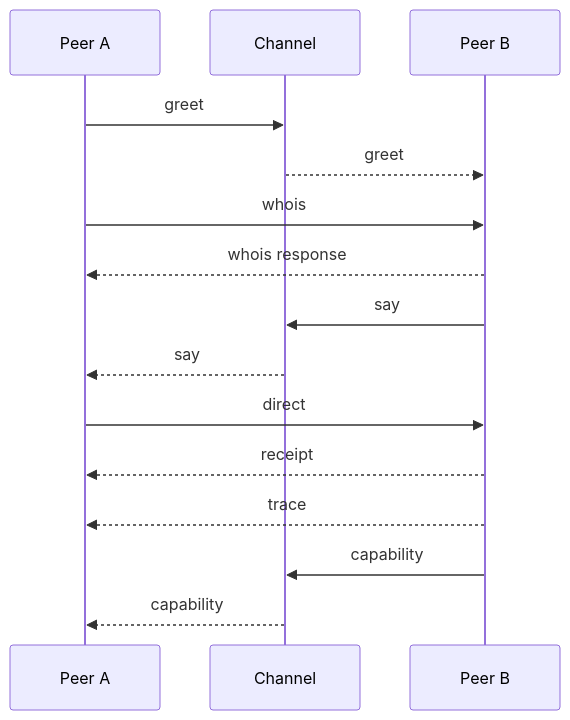
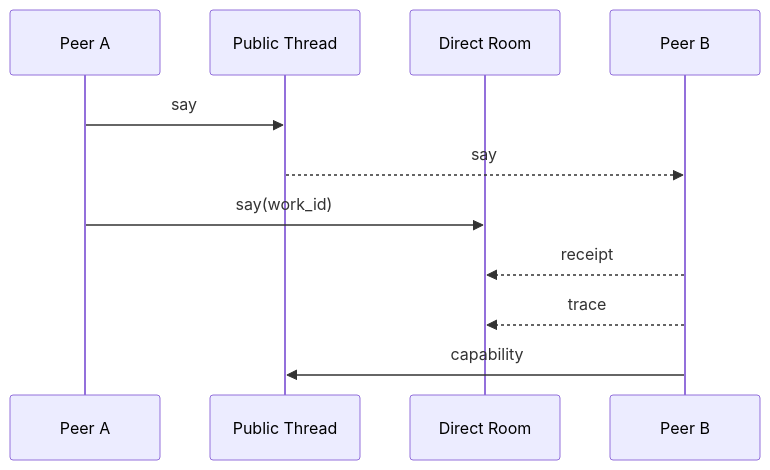
Before and after one commit to compozy/agh: the fourth of 7 diagrams in docs/rfcs/003_agh-network-v0.md, drawn with Mermaid. The commit also changed other lines of this file and 3 other files, not shown here.

````diff
--- a/docs/rfcs/003_agh-network-v0.md
+++ b/docs/rfcs/003_agh-network-v0.md
@@ -451,18 +560,14 @@
 ```mermaid
 sequenceDiagram
     participant A as Peer A
-    participant S as Channel
+    participant T as Public Thread
+    participant R as Direct Room
     participant B as Peer B
 
-    A->>S: greet
-    S-->>B: greet
-    A->>B: whois
-    B-->>A: whois response
-    B->>S: say
-    S-->>A: say
-    A->>B: direct
-    B-->>A: receipt
-    B-->>A: trace
-    B->>S: capability
-    S-->>A: capability
+    A->>T: say
+    T-->>B: say
+    A->>R: say(work_id)
+    B-->>R: receipt
+    B-->>R: trace
+    B->>T: capability
 ```
````
